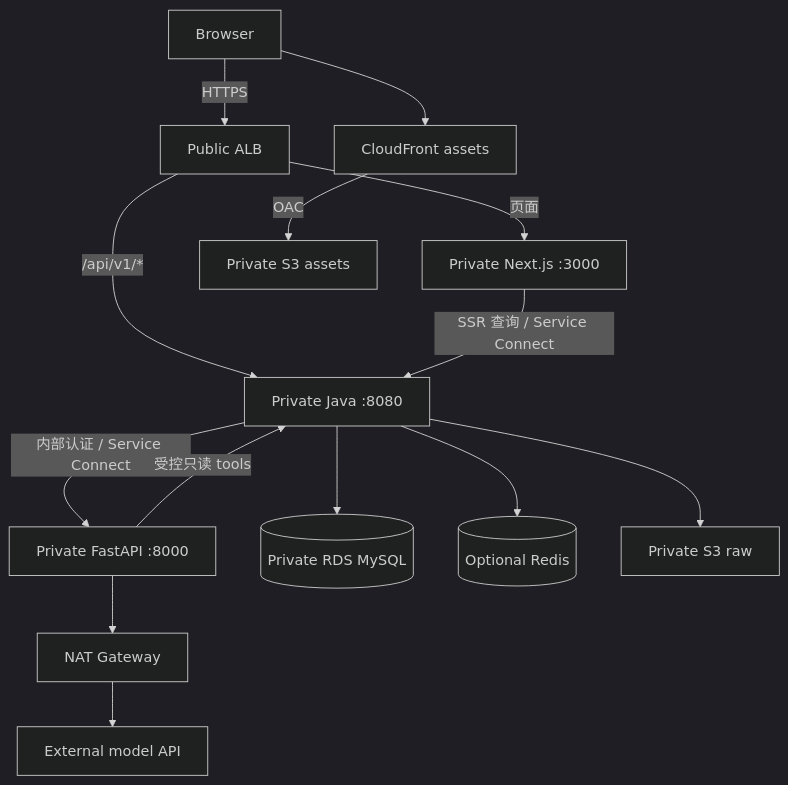
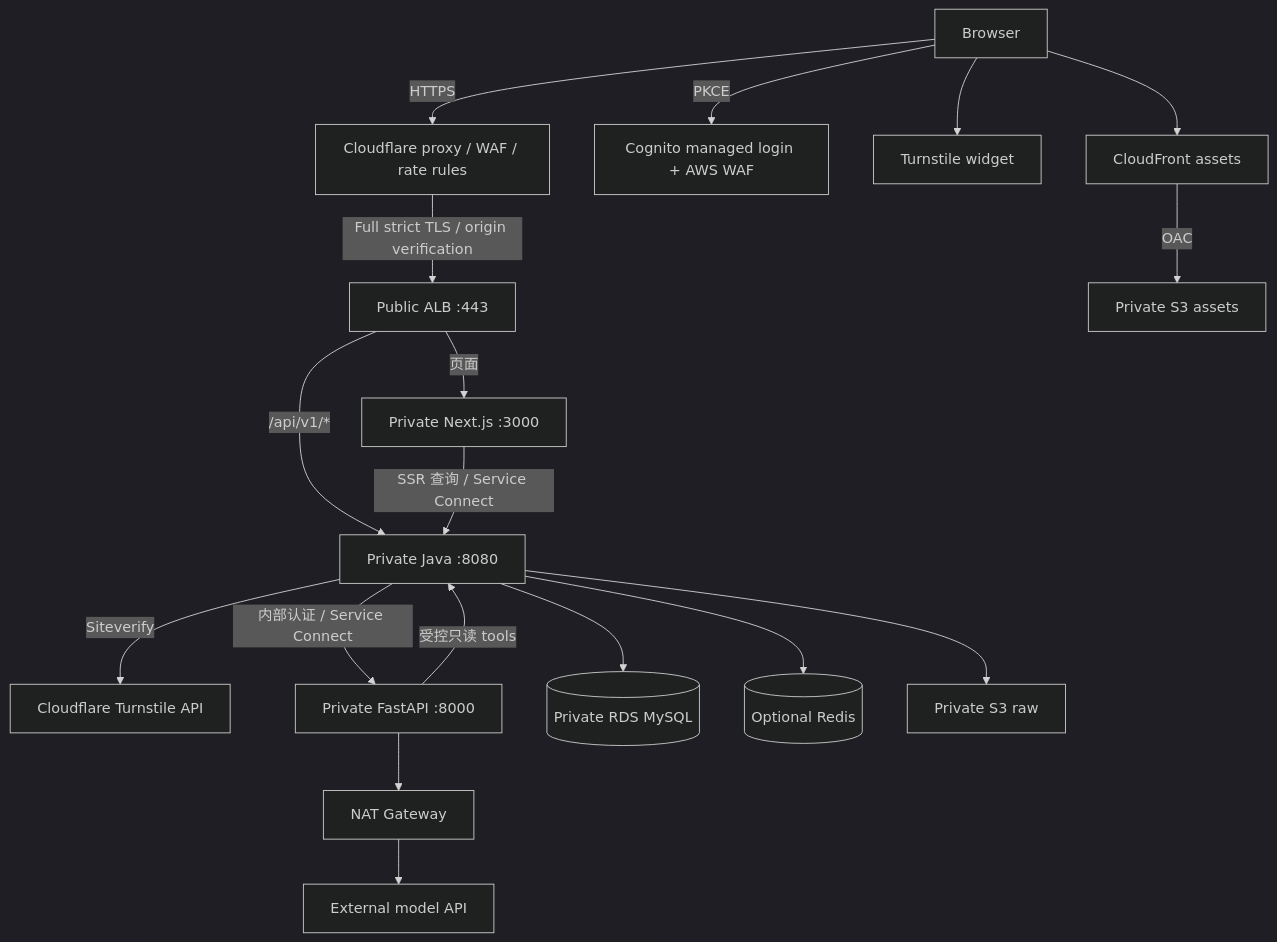
Before and after one commit to kurin0u0/Large-Lunch-Model: the diagram in docs/aws-requirements.md, drawn with Mermaid (dark theme). The commit also changed other lines of this file and 6 other files, not shown here.

````diff
--- a/docs/aws-requirements.md
+++ b/docs/aws-requirements.md
@@ -36,16 +37,20 @@
 ```mermaid
 flowchart TD
-    B["Browser"] -->|"HTTPS"| ALB["Public ALB"]
+    B["Browser"] -->|"HTTPS"| EDGE["Cloudflare proxy / WAF / rate rules"]
+    EDGE -->|"Full strict TLS / origin verification"| ALB["Public ALB :443"]
+    B -->|"PKCE"| AUTH["Cognito managed login + AWS WAF"]
+    B --> TS["Turnstile widget"]
+    JAVA -->|"Siteverify"| VERIFY["Cloudflare Turnstile API"]
     ALB -->|"页面"| WEB["Private Next.js :3000"]
     ALB -->|"/api/v1/*"| JAVA["Private Java :8080"]
     WEB -->|"SSR 查询 / Service Connect"| JAVA
     JAVA -->|"内部认证 / Service Connect"| AI["Private FastAPI :8000"]
     AI -->|"受控只读 tools"| JAVA
     JAVA --> DB[("Private RDS MySQL")]
     JAVA --> CACHE[("Optional Redis")]
     AI --> NAT["NAT Gateway"]
     NAT --> MODEL["External model API"]
     JAVA --> RAW["Private S3 raw"]
     B --> CF["CloudFront assets"]
     CF -->|"OAC"| ASSET["Private S3 assets"]
 ```
````
